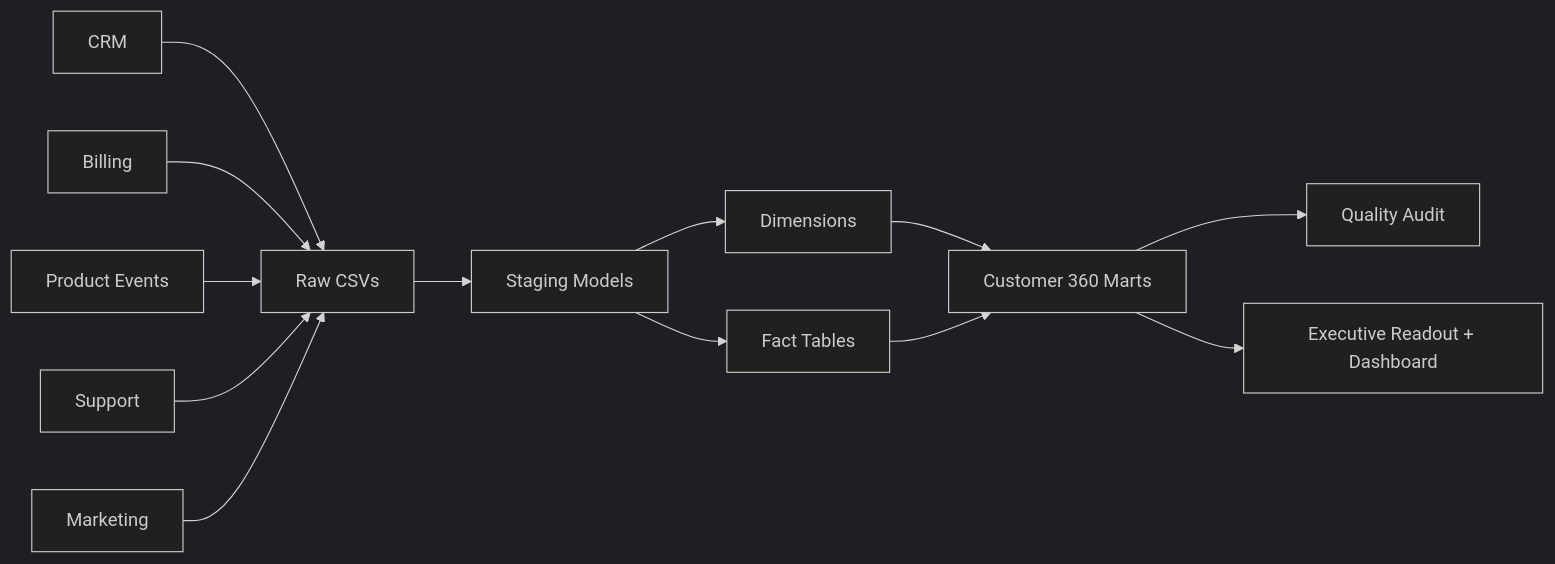
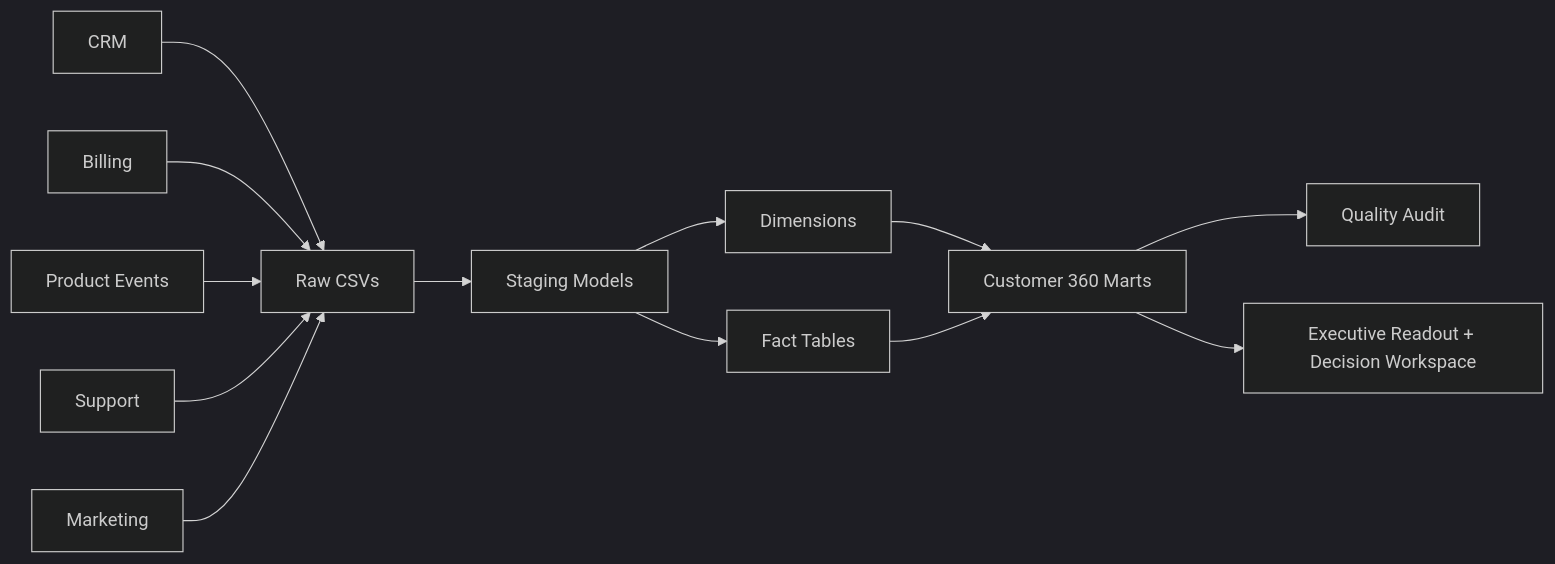
The diagram in docs/architecture.md (amlfarhad/customer-360-warehouse), drawn with Mermaid (dark theme) before and after one commit. The commit also changed other lines of this file and 15 other files, not shown here.

Commit message:
Build customer health decision workspace

````diff
--- a/docs/architecture.md
+++ b/docs/architecture.md
@@ -5,15 +5,15 @@
 ```mermaid
 flowchart LR
     A["CRM"] --> R["Raw CSVs"]
     B["Billing"] --> R
     C["Product Events"] --> R
     D["Support"] --> R
     E["Marketing"] --> R
     R --> S["Staging Models"]
     S --> DIM["Dimensions"]
     S --> F["Fact Tables"]
     DIM --> M["Customer 360 Marts"]
     F --> M
     M --> Q["Quality Audit"]
-    M --> O["Executive Readout + Dashboard"]
+    M --> O["Executive Readout + Decision Workspace"]
 ```
````
